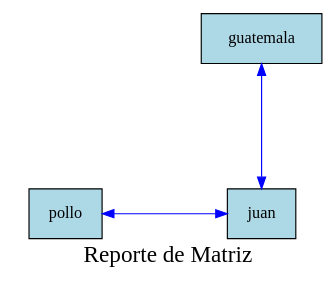
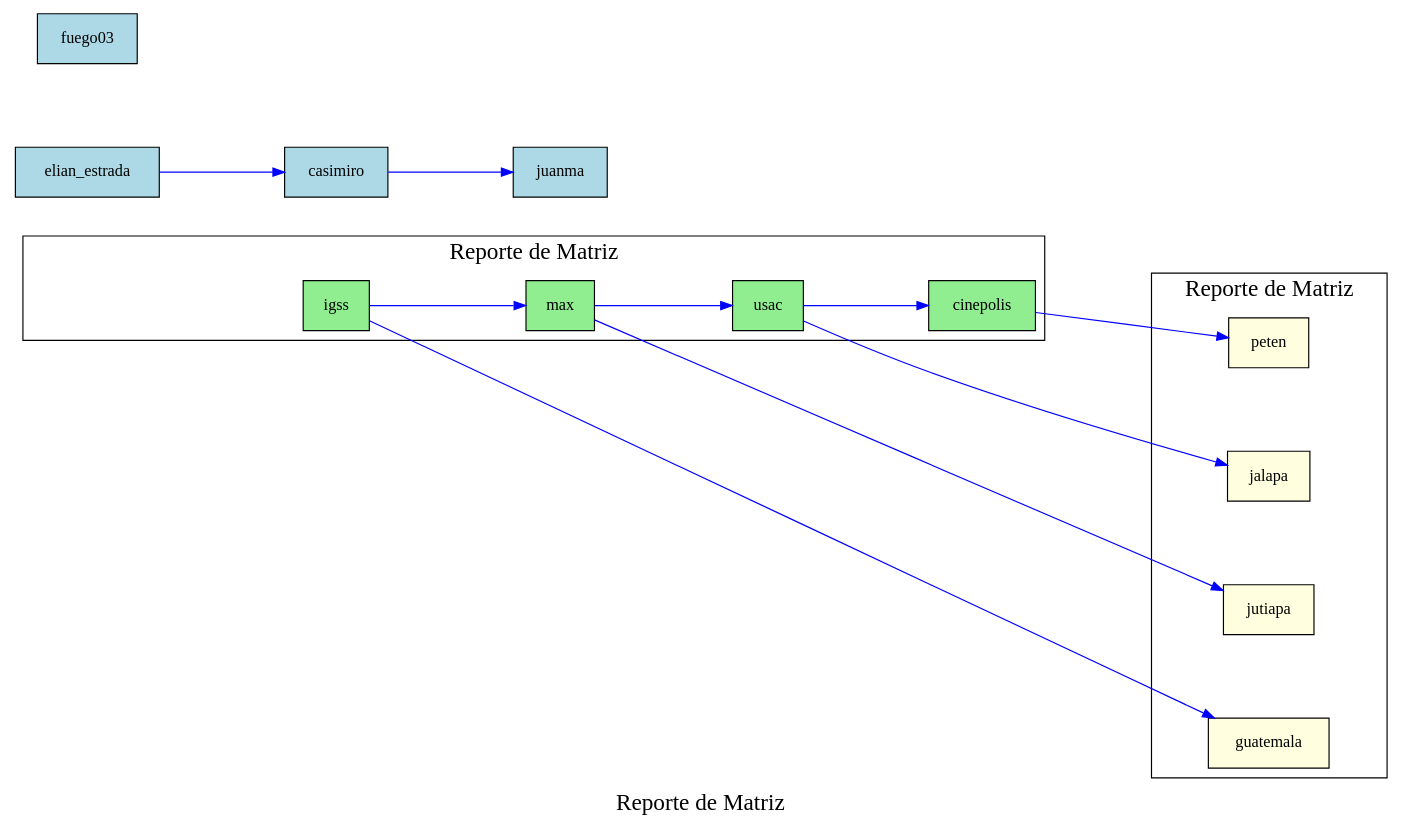
The diagram in Proyecto1/cmake-build-debug/reporteMatriz.dot (Ennero/EDD_Proyecto1_Vacas2_202302220), drawn with Graphviz before and after one commit. The commit also changed 21 other files, not shown here.

```diff
--- a/Proyecto1/cmake-build-debug/reporteMatriz.dot
+++ b/Proyecto1/cmake-build-debug/reporteMatriz.dot
@@ -1,14 +1,38 @@
 digraph G {
- rankdir=TB;
- node [shape=box, style=filled, fillcolor=lightblue, margin=0.2];
-edge [style=solid, color=blue];
- graph [ranksep=1.5, nodesep=1];
-graph [label="Reporte de Matriz", fontsize=20, fontcolor=black];
-    invisible_[label="invisible"style=invis];
-    invisible_-> nodo_2058936999920 [style=invis];
-    nodo_2058936999920 [label="pollo"style=filled, fillcolor=lightblue];
-    nodo_2058936999920 -> nodo_2058937000848 [dir=both,constraint=false];
-    nodo_2058936999568 [label="guatemala"style=filled, fillcolor=lightblue];
-    nodo_2058936999568 -> nodo_2058937000848 [dir=both];
-    nodo_2058937000848 [label="juan"style=filled, fillcolor=lightblue];
+  rankdir=LR; // Orientación horizontal para las cabeceras
+  node [shape=box, style=filled, fillcolor=lightblue, margin=0.2];
+  edge [style=solid, color=blue];
+  graph [ranksep=1.5, nodesep=1];
+  graph [label="Reporte de Matriz", fontsize=20, fontcolor=black];
+  subgraph cluster_verticales {
+    rankdir=TB;
+    node [shape=box, style=filled, fillcolor=lightgreen];
+    invisible_[style=invis];
+    invisible_-> v_0 [style=invis];
+    v_0 [label="igss"];
+    v_0 -> v_1;
+    v_1 [label="max"];
+    v_1 -> v_2;
+    v_2 [label="usac"];
+    v_2 -> v_3;
+    v_3 [label="cinepolis"];
+  }
+  subgraph cluster_horizontales {
+    rank=same;
+    node [shape=box, style=filled, fillcolor=lightyellow];
+    h_0 [label="guatemala"];
+    h_1 [label="jutiapa"];
+    h_2 [label="jalapa"];
+    h_3 [label="peten"];
+  }
+v_0 -> h_0[ltail=cluster_verticales, lhead=cluster_horizontales, constraint=true];
+v_1 -> h_1[ltail=cluster_verticales, lhead=cluster_horizontales, constraint=true];
+v_2 -> h_2[ltail=cluster_verticales, lhead=cluster_horizontales, constraint=true];
+v_3 -> h_3[ltail=cluster_verticales, lhead=cluster_horizontales, constraint=true];
+    nodo_0_0 [label="elian_estrada"];
+    nodo_0_0 -> nodo_0_1;
+    nodo_0_1 [label="casimiro"];
+    nodo_0_1 -> nodo_0_2;
+    nodo_0_2 [label="juanma"];
+    nodo_1_3 [label="fuego03"];
 }
```
